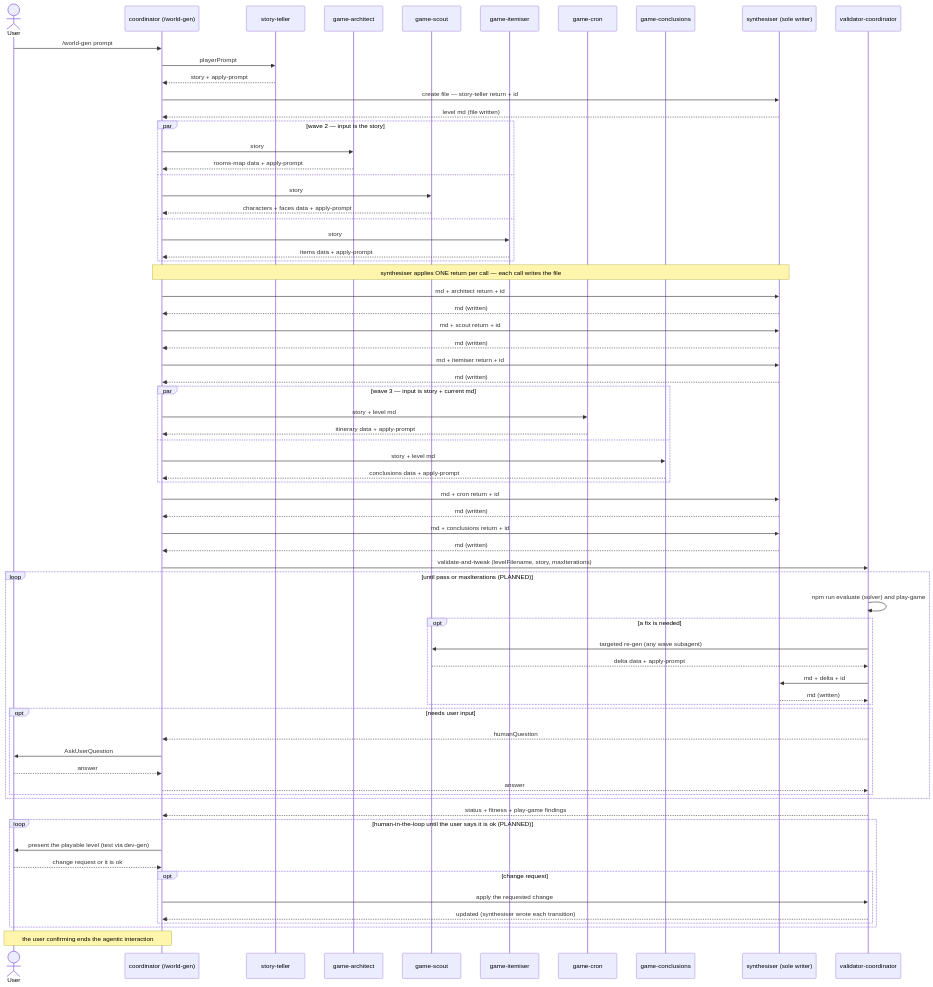
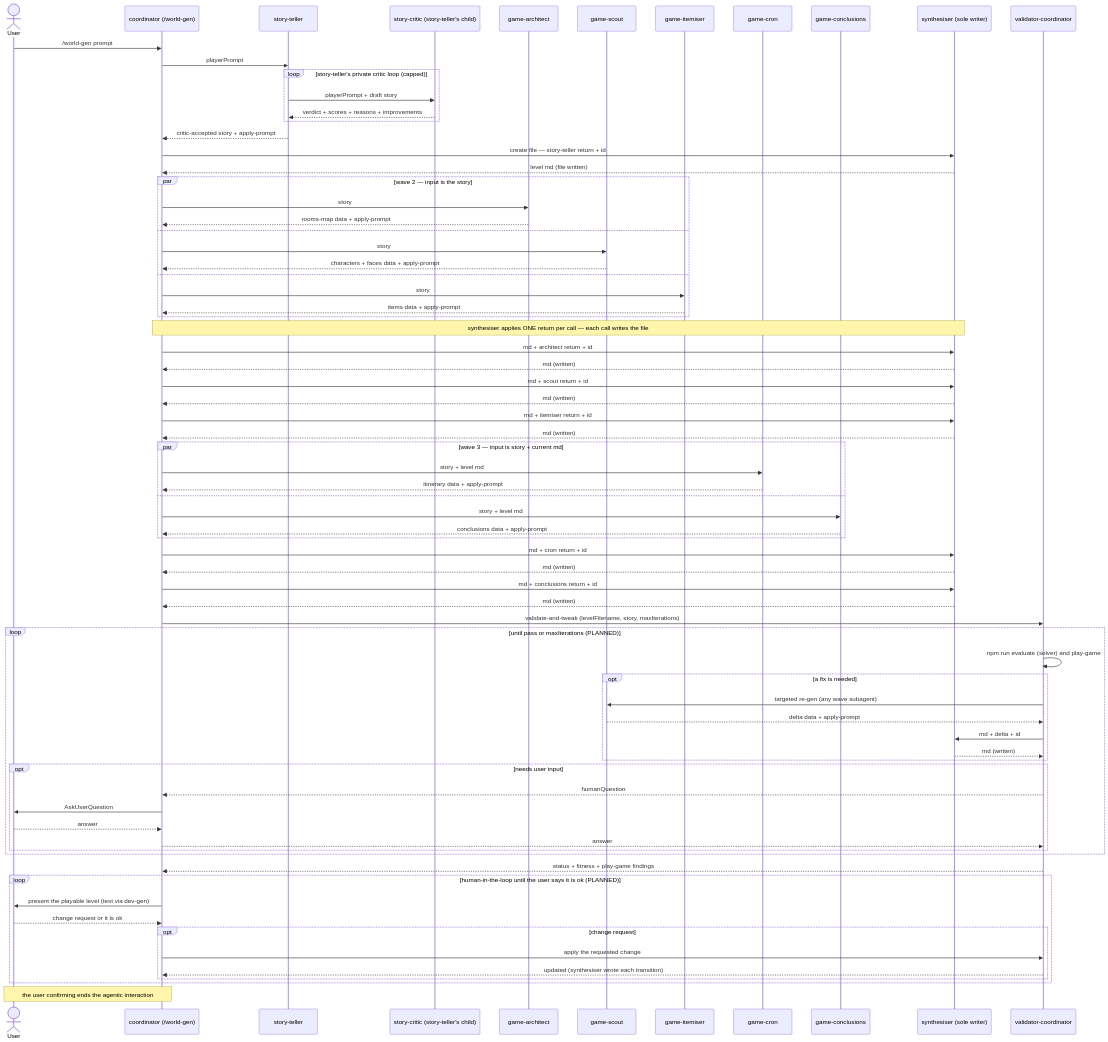
Before and after one commit to DecentAppsNet/castle-mystery: the first of 2 diagrams in docs/design/world-gen-agentic-hld.md, drawn with Mermaid. The commit also changed other lines of this file and 3 other files, not shown here.

````diff
--- a/docs/design/world-gen-agentic-hld.md
+++ b/docs/design/world-gen-agentic-hld.md
@@ -58,77 +59,82 @@
 ```mermaid
 sequenceDiagram
     actor User
     participant WG as coordinator (/world-gen)
     participant ST as story-teller
+    participant SK as story-critic (story-teller's child)
     participant AR as game-architect
     participant SC as game-scout
     participant IT as game-itemiser
     participant CR as game-cron
     participant CN as game-conclusions
     participant SY as synthesiser (sole writer)
     participant VC as validator-coordinator
 
     User->>WG: /world-gen prompt
     WG->>ST: playerPrompt
-    ST-->>WG: story + apply-prompt
+    loop story-teller's private critic loop (capped)
+        ST->>SK: playerPrompt + draft story
+        SK-->>ST: verdict + scores + reasons + improvements
+    end
+    ST-->>WG: critic-accepted story + apply-prompt
     WG->>SY: create file — story-teller return + id
     SY-->>WG: level md (file written)
 
     par wave 2 — input is the story
         WG->>AR: story
         AR-->>WG: rooms-map data + apply-prompt
     and
         WG->>SC: story
         SC-->>WG: characters + faces data + apply-prompt
     and
         WG->>IT: story
         IT-->>WG: items data + apply-prompt
     end
     Note over WG,SY: synthesiser applies ONE return per call — each call writes the file
     WG->>SY: md + architect return + id
     SY-->>WG: md (written)
     WG->>SY: md + scout return + id
     SY-->>WG: md (written)
     WG->>SY: md + itemiser return + id
     SY-->>WG: md (written)
 
     par wave 3 — input is story + current md
         WG->>CR: story + level md
         CR-->>WG: itinerary data + apply-prompt
     and
         WG->>CN: story + level md
         CN-->>WG: conclusions data + apply-prompt
     end
     WG->>SY: md + cron return + id
     SY-->>WG: md (written)
     WG->>SY: md + conclusions return + id
     SY-->>WG: md (written)
 
     WG->>VC: validate-and-tweak (levelFilename, story, maxIterations)
     loop until pass or maxIterations (PLANNED)
         VC->>VC: npm run evaluate (solver) and play-game
         opt a fix is needed
             VC->>SC: targeted re-gen (any wave subagent)
             SC-->>VC: delta data + apply-prompt
             VC->>SY: md + delta + id
             SY-->>VC: md (written)
         end
         opt needs user input
             VC-->>WG: humanQuestion
             WG->>User: AskUserQuestion
             User-->>WG: answer
             WG-->>VC: answer
         end
     end
     VC-->>WG: status + fitness + play-game findings
 
     loop human-in-the-loop until the user says it is ok (PLANNED)
         WG->>User: present the playable level (test via dev-gen)
         User-->>WG: change request or it is ok
         opt change request
             WG->>VC: apply the requested change
             VC-->>WG: updated (synthesiser wrote each transition)
         end
     end
     Note over User,WG: the user confirming ends the agentic interaction
 ```
````
